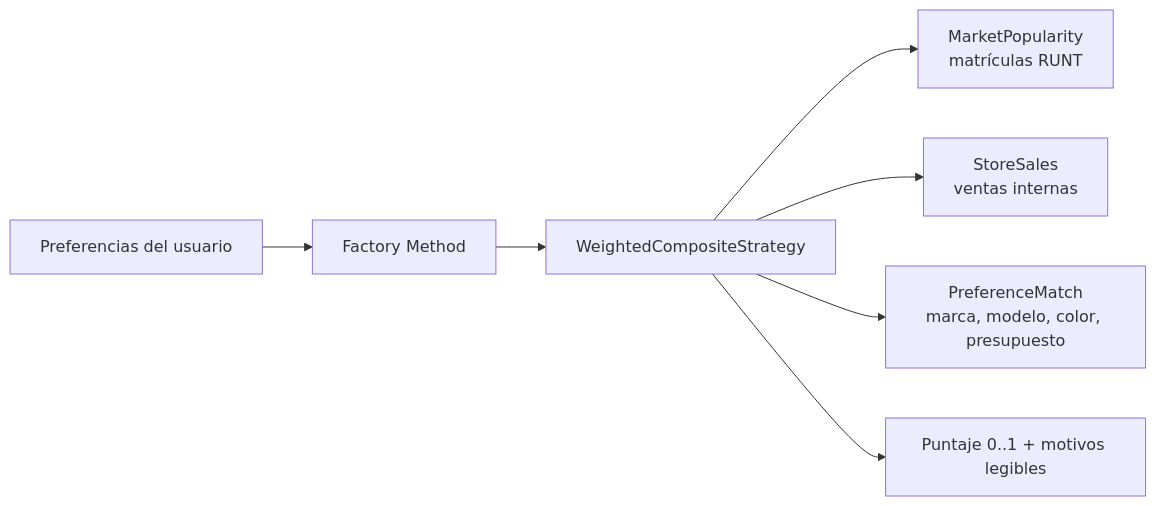
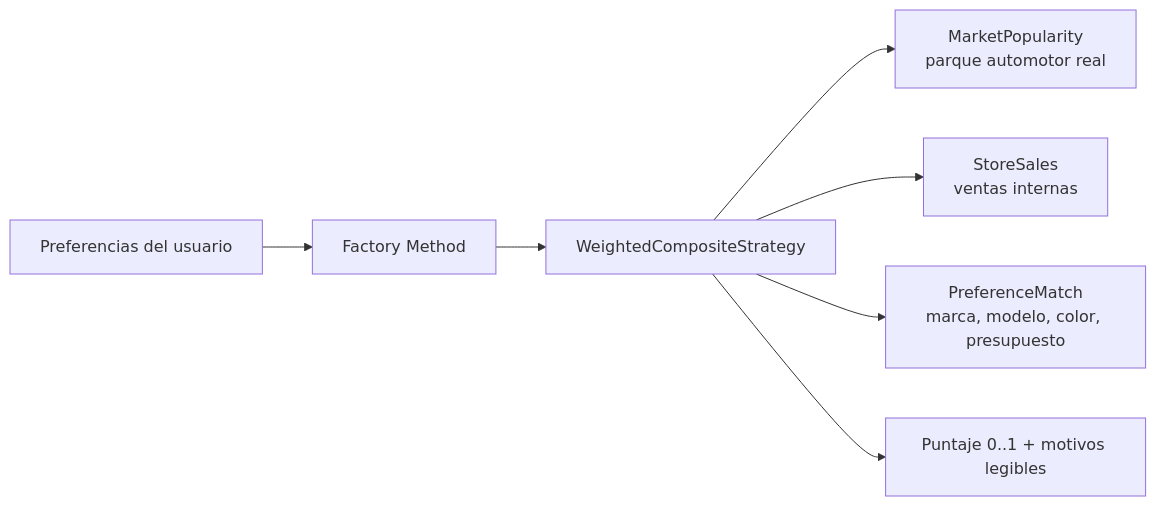
Before and after one commit to Kevin01Sierra/autos-store: the fourth of 5 diagrams in docs/architecture.md, drawn with Mermaid. The commit also changed other lines of this file and 12 other files, not shown here.

````diff
--- a/docs/architecture.md
+++ b/docs/architecture.md
@@ -64,9 +64,9 @@
 ```mermaid
 flowchart LR
   prefs[Preferencias del usuario] --> factory[Factory Method]
   factory --> composite[WeightedCompositeStrategy]
-  composite --> m[MarketPopularity<br/>matrículas RUNT]
+  composite --> m[MarketPopularity<br/>parque automotor real]
   composite --> s[StoreSales<br/>ventas internas]
   composite --> p[PreferenceMatch<br/>marca, modelo, color, presupuesto]
   composite --> out[Puntaje 0..1 + motivos legibles]
 ```
````
